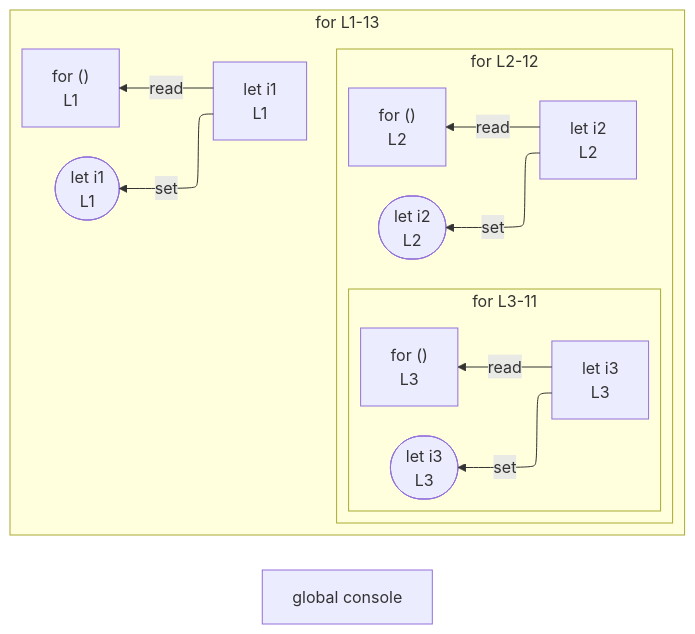
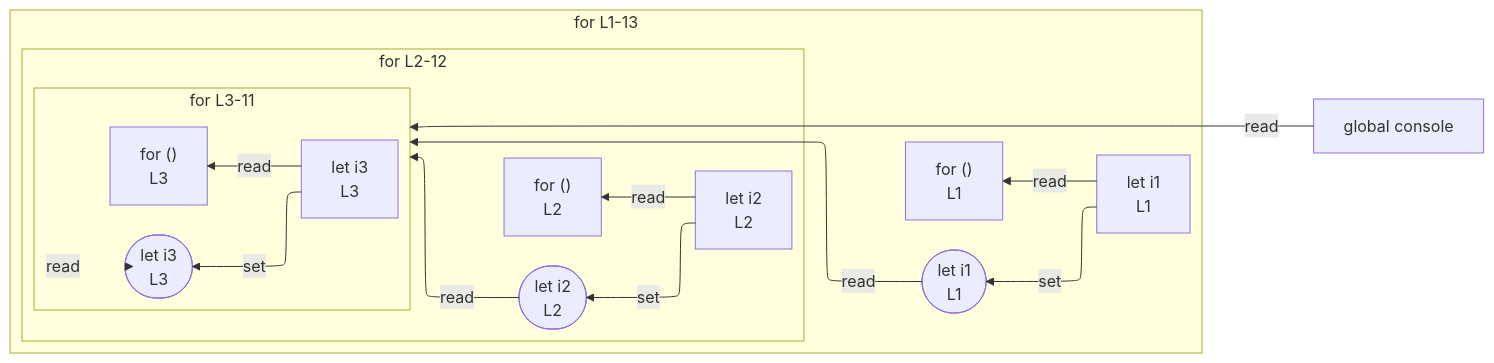
Before and after one commit to crescware/unsnarl: the diagram in integration/fixtures/app-behavior/depth/for/depth-2/preview.md, drawn with Mermaid. The commit also changed 63 other files, not shown here.

````diff
--- a/integration/fixtures/app-behavior/depth/for/depth-2/preview.md
+++ b/integration/fixtures/app-behavior/depth/for/depth-2/preview.md
@@ -23,29 +23,33 @@
 ```mermaid
 %%{init: {"flowchart": {"defaultRenderer": "elk"}}}%%
 flowchart RL
   n_scope_0_console_240["global console"]
   subgraph s_scope_1["for L1-13"]
     direction RL
     for_test_scope_0_0["for ()<br/>L1"]
     n_scope_1_i1_9["let i1<br/>L1"]
     wr_ref_2(["let i1<br/>L1"])
     subgraph s_scope_3["for L2-12"]
       direction RL
       for_test_scope_2_35["for ()<br/>L2"]
       n_scope_3_i2_44["let i2<br/>L2"]
       wr_ref_5(["let i2<br/>L2"])
       subgraph s_scope_5["for L3-11"]
         direction RL
         for_test_scope_4_72["for ()<br/>L3"]
         n_scope_5_i3_81["let i3<br/>L3"]
         wr_ref_8(["let i3<br/>L3"])
       end
     end
   end
   n_scope_1_i1_9 -->|set| wr_ref_2
   n_scope_3_i2_44 -->|set| wr_ref_5
   n_scope_5_i3_81 -->|set| wr_ref_8
   n_scope_1_i1_9 -->|read| for_test_scope_0_0
   n_scope_3_i2_44 -->|read| for_test_scope_2_35
   n_scope_5_i3_81 -->|read| for_test_scope_4_72
+  n_scope_0_console_240 -->|read| s_scope_5
+  wr_ref_2 -->|read| s_scope_5
+  wr_ref_5 -->|read| s_scope_5
+  wr_ref_8 -->|read| s_scope_5
 ```
````
